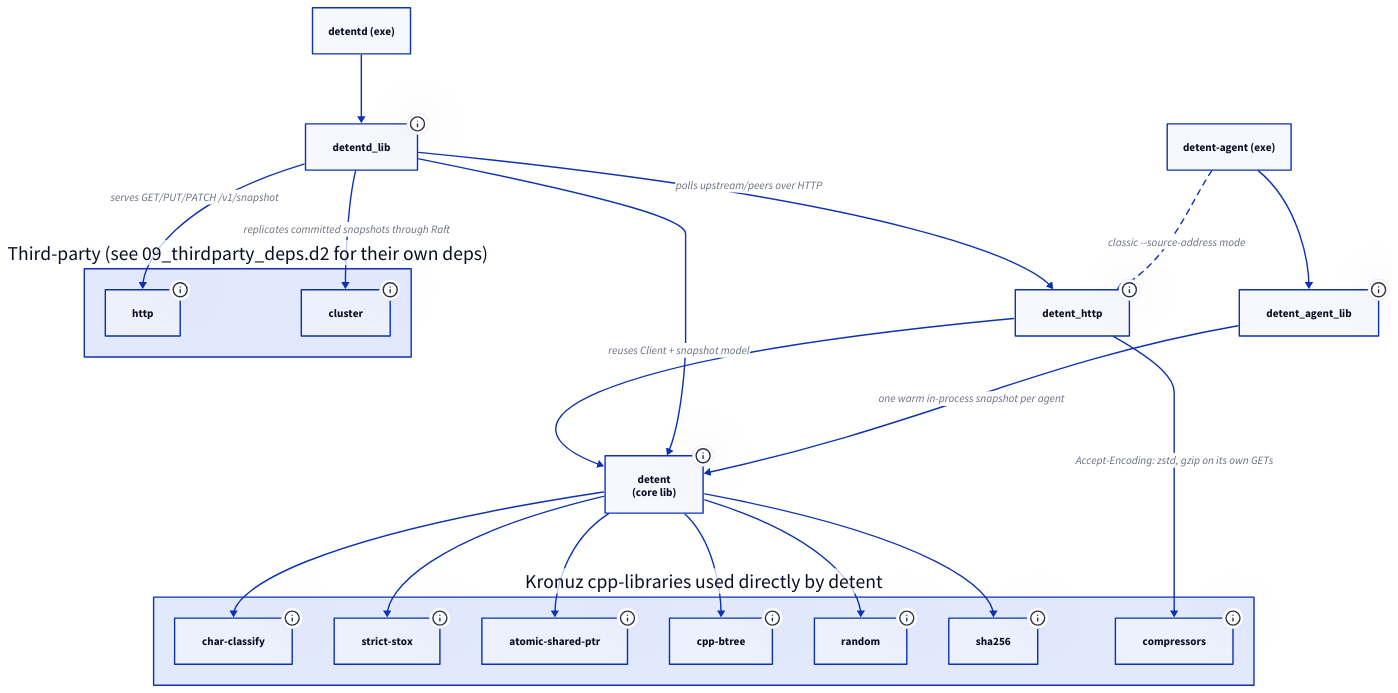
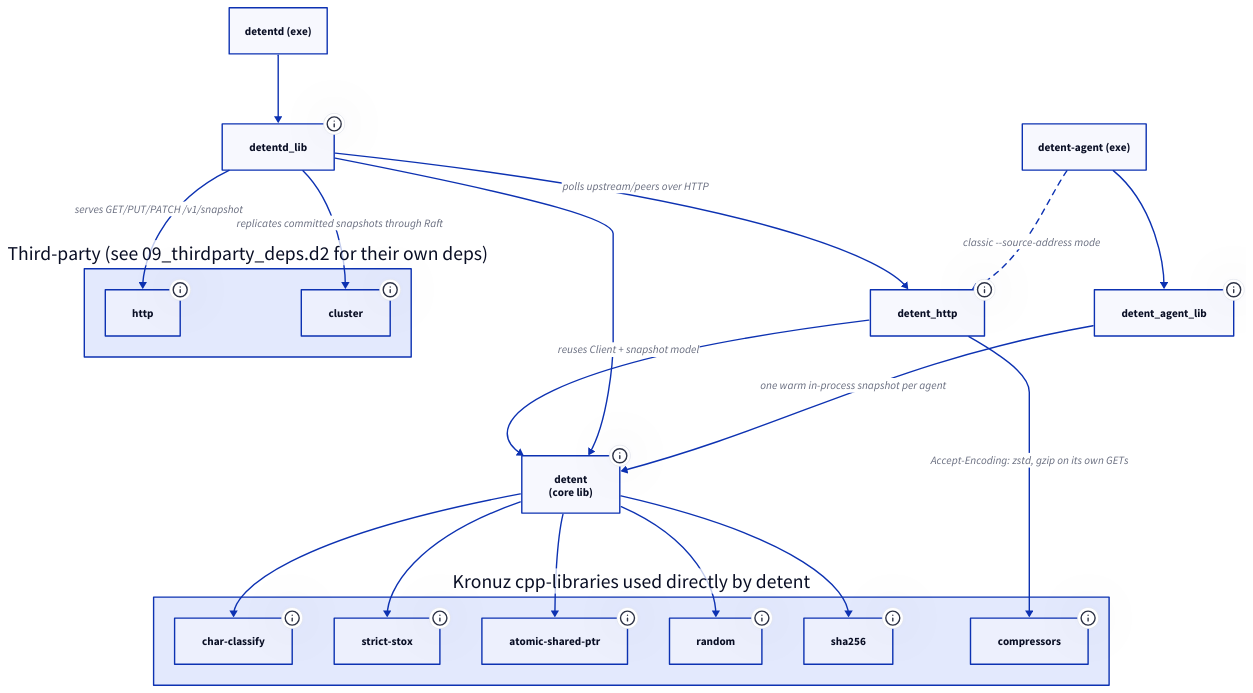
Before and after one commit to Kronuz/Detent: the diagram in diagrams/08_detent_deps.d2, drawn with D2. The commit also changed 14 other files, not shown here.

```diff
--- a/diagrams/08_detent_deps.d2
+++ b/diagrams/08_detent_deps.d2
@@ -1,53 +1,51 @@
 # Selected classic-profile targets and their direct dependencies.
 # Managed authority and generation targets are documented separately.
 direction: down
 
 detent: "detent\n(core lib)" {
   tooltip: RCU client, JSON schema, hashing, overrides, file source
 }
 detent_http: "detent_http" {
   tooltip: HTTP polling client -- plain POSIX sockets, no reactor
 }
 detentd_lib: "detentd_lib" {
   tooltip: HTTP distributor daemon logic
 }
 detent_agent_lib: "detent_agent_lib" {
   tooltip: Shared-memory agent reader and writer logic
 }
 detentd_exe: "detentd (exe)"
 detent_agent_exe: "detent-agent (exe)"
 
 kronuz: Kronuz cpp-libraries used directly by detent {
   char_classify: char-classify {tooltip: "ASCII classification tables used by the JSON tokenizer"}
   strict_stox: strict-stox {tooltip: "Strict numeric string parsing (no silent truncation) for knob values"}
   atomic_shared_ptr: atomic-shared-ptr {tooltip: "Lock-free RCU snapshot swap -- the whole read-path fast path depends on this"}
-  cpp_btree: cpp-btree {tooltip: "Ordered map for the knob table, better cache behavior than std::map"}
   random: random {tooltip: "Randomized source retry and backoff jitter"}
   sha256: sha256 {tooltip: "Rollout hashing per the JustKnobs spec (stable bucket assignment)"}
   compressors: compressors {tooltip: "zstd/gzip codecs -- lets detent_http negotiate Accept-Encoding on its own, no HTTP-framework weight"}
 }
 
 thirdparty: Third-party (see 09_thirdparty_deps.d2 for their own deps) {
   http: "http" {tooltip: "HTTP server framework for /v1/snapshot and /v1/health"}
   cluster: "cluster" {tooltip: "Raft replication over configured UDP peers"}
 }
 
 detent -> kronuz.char_classify
 detent -> kronuz.strict_stox
 detent -> kronuz.atomic_shared_ptr
-detent -> kronuz.cpp_btree
 detent -> kronuz.random
 detent -> kronuz.sha256
 
 detent_http -> detent: "reuses Client + snapshot model"
 detent_http -> kronuz.compressors: "Accept-Encoding: zstd, gzip on its own GETs"
 
 detentd_lib -> detent
 detentd_lib -> detent_http: "polls upstream/peers over HTTP"
 detentd_lib -> thirdparty.http: "serves GET/PUT/PATCH /v1/snapshot"
 detentd_lib -> thirdparty.cluster: "replicates committed snapshots through Raft"
 detentd_exe -> detentd_lib
 
 detent_agent_lib -> detent: "one warm in-process snapshot per agent"
 detent_agent_exe -> detent_agent_lib
 detent_agent_exe -> detent_http: "classic --source-address mode" {style.stroke-dash: 4}
```
